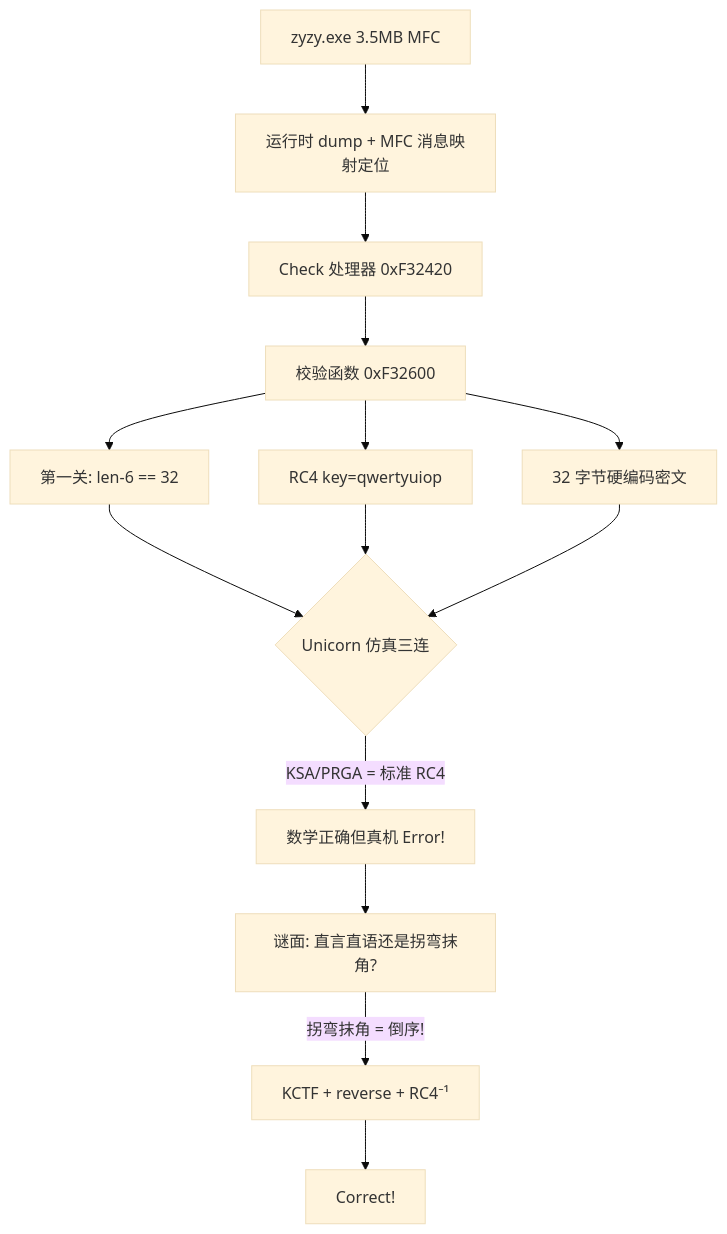
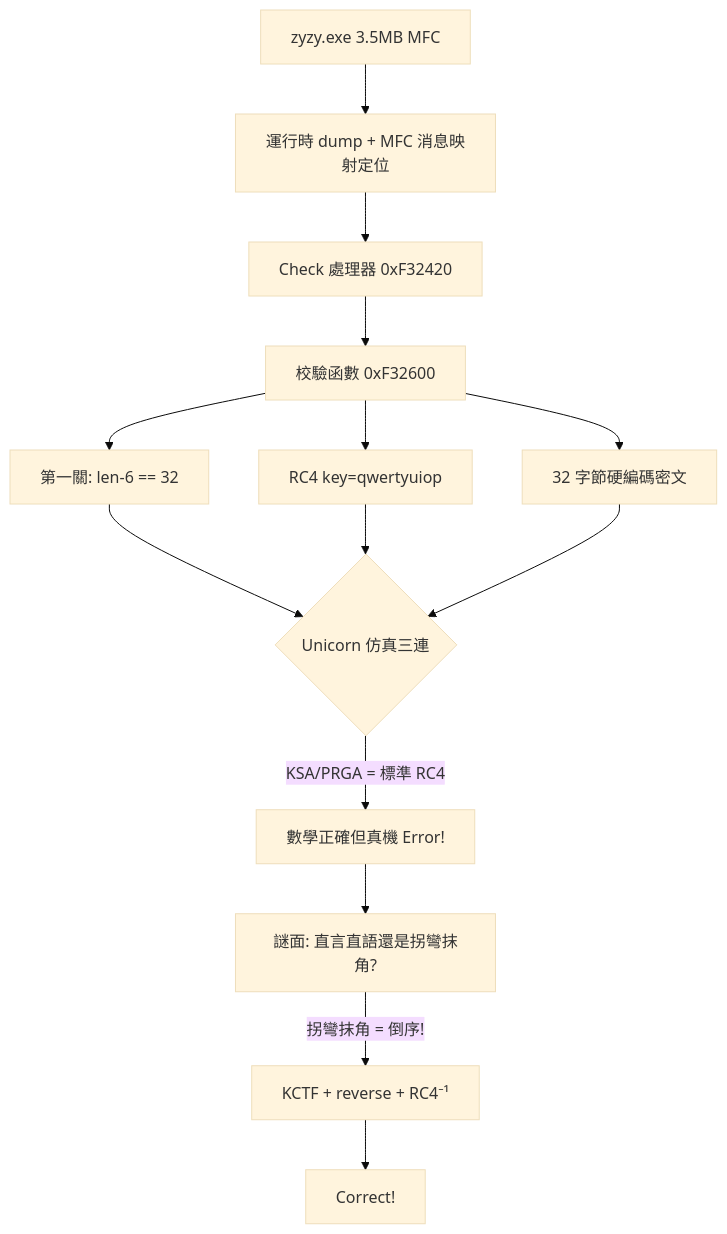
Before and after one commit to rongkao/ctf-writeups: the diagram in docs/2026-09-21_CTF-KCTF-ZhiYanZhiYu-writeup.md, drawn with Mermaid (base theme). The commit also changed other lines of this file and 21 other files, not shown here.

````diff
--- a/docs/2026-09-21_CTF-KCTF-ZhiYanZhiYu-writeup.md
+++ b/docs/2026-09-21_CTF-KCTF-ZhiYanZhiYu-writeup.md
@@ -14,14 +14,14 @@
 ```mermaid
 flowchart TD
-    A[zyzy.exe 3.5MB MFC] --> B[运行时 dump + MFC 消息映射定位]
-    B --> C[Check 处理器 0xF32420]
-    C --> D[校验函数 0xF32600]
-    D --> E[第一关: len-6 == 32]
+    A[zyzy.exe 3.5MB MFC] --> B[運行時 dump + MFC 消息映射定位]
+    B --> C[Check 處理器 0xF32420]
+    C --> D[校驗函數 0xF32600]
+    D --> E[第一關: len-6 == 32]
     D --> F[RC4 key=qwertyuiop]
-    D --> G[32 字节硬编码密文]
-    E & F & G --> H{Unicorn 仿真三连}
-    H -->|KSA/PRGA = 标准 RC4| I[数学正确但真机 Error!]
-    I --> J[谜面: 直言直语还是拐弯抹角?]
-    J -->|拐弯抹角 = 倒序!| K[KCTF + reverse + RC4⁻¹]
+    D --> G[32 字節硬編碼密文]
+    E & F & G --> H{Unicorn 仿真三連}
+    H -->|KSA/PRGA = 標準 RC4| I[數學正確但真機 Error!]
+    I --> J[謎面: 直言直語還是拐彎抹角?]
+    J -->|拐彎抹角 = 倒序!| K[KCTF + reverse + RC4⁻¹]
     K --> L[Correct!]
 ```
````
